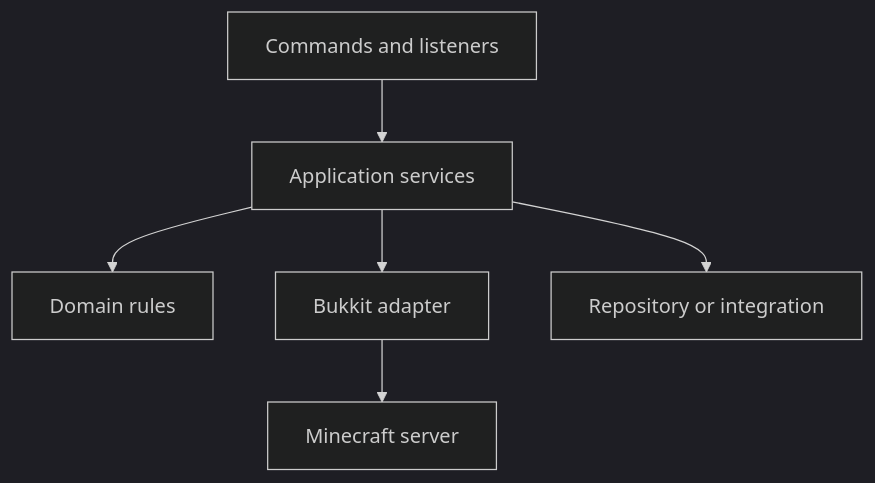
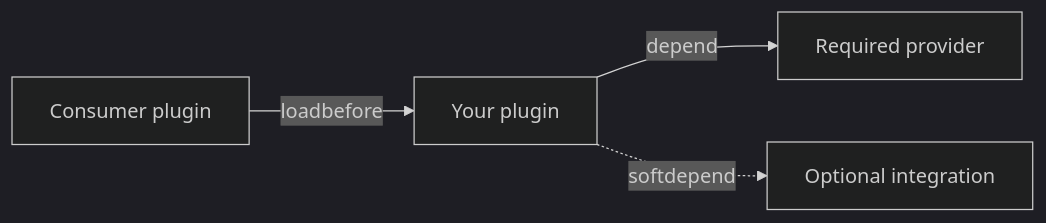
One commit to rwov/bukkit-docs changed the diagram in core/dependencies.mdx. Above: the diagram before and after it, drawn with Mermaid (dark theme). The commit also changed other lines of this file and 104 other files, not shown here.

````diff
--- a/core/dependencies.mdx
+++ b/core/dependencies.mdx
@@ -14,8 +34,6 @@
 ```mermaid
-flowchart TD
-  A["Commands and listeners"] --> B["Application services"]
-  B --> C["Domain rules"]
-  B --> D["Bukkit adapter"]
-  B --> E["Repository or integration"]
-  D --> F["Minecraft server"]
+flowchart LR
+  A["Your plugin"] -->|depend| B["Required provider"]
+  A -.->|softdepend| C["Optional integration"]
+  D["Consumer plugin"] -->|loadbefore| A
 ```
````
